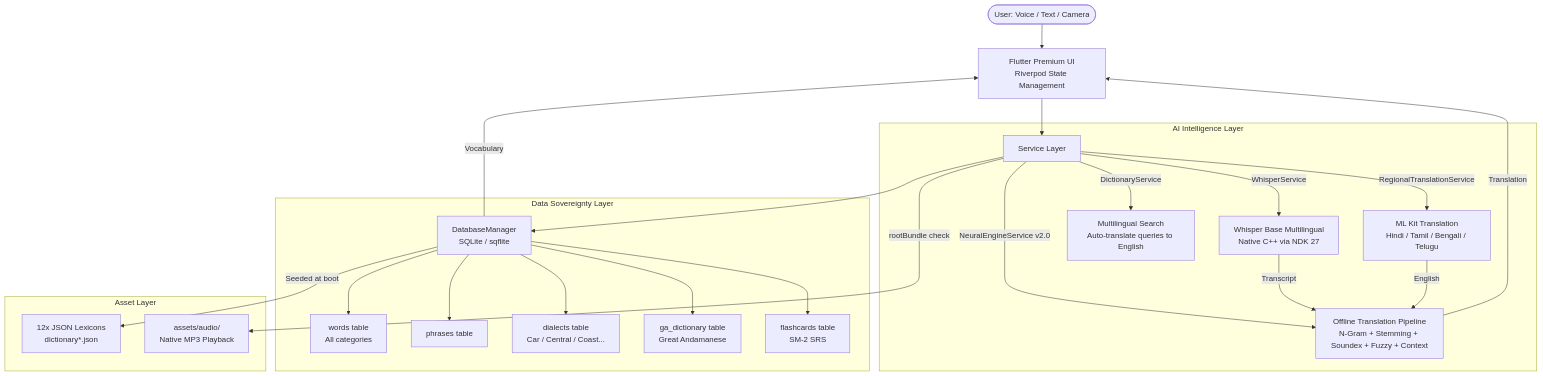
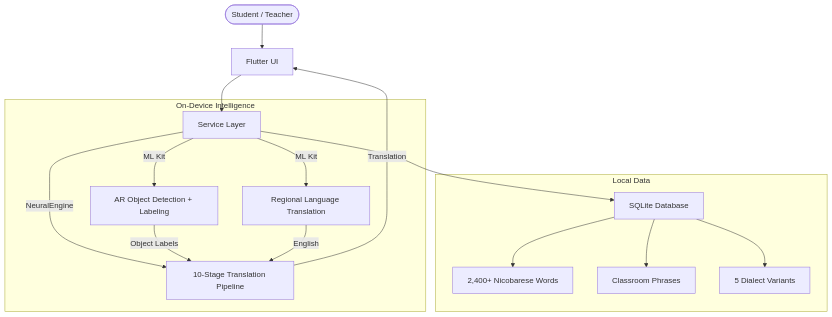
The diagram in README.md (sathiyatskrj/Speechmate), drawn with Mermaid before and after one commit. The commit also changed other lines of this file and 2 other files, not shown here.

````diff
--- a/README.md
+++ b/README.md
@@ -162,31 +111,22 @@
 ```mermaid
 graph TD
-    User([User: Voice / Text / Camera]) --> UI[Flutter Premium UI\nRiverpod State Management]
+    User([Student / Teacher]) --> UI[Flutter UI]
     UI --> Service[Service Layer]
 
-    subgraph "AI Intelligence Layer"
-        Service --> |WhisperService| Whisper[Whisper Base Multilingual\nNative C++ via NDK 27]
-        Service --> |NeuralEngineService v2.0| Neural[Offline Translation Pipeline\nN-Gram + Stemming + Soundex + Fuzzy + Context]
-        Service --> |RegionalTranslationService| Regional[ML Kit Translation\nHindi / Tamil / Bengali / Telugu]
-        Service --> |DictionaryService| AutoTranslate[Multilingual Search\nAuto-translate queries to English]
+    subgraph "On-Device Intelligence"
+        Service --> |NeuralEngine| NLP[10-Stage Translation Pipeline]
+        Service --> |ML Kit| AR[AR Object Detection + Labeling]
+        Service --> |ML Kit| Regional[Regional Language Translation]
     end
 
-    subgraph "Data Sovereignty Layer"
-        Service --> DB[DatabaseManager\nSQLite / sqflite]
-        DB --> W[words table\nAll categories]
-        DB --> P[phrases table]
-        DB --> D[dialects table\nCar / Central / Coast...]
-        DB --> GA[ga_dictionary table\nGreat Andamanese]
-        DB --> FC[flashcards table\nSM-2 SRS]
+    subgraph "Local Data"
+        Service --> DB[SQLite Database]
+        DB --> Words[2,400+ Nicobarese Words]
+        DB --> Phrases[Classroom Phrases]
+        DB --> Dialects[5 Dialect Variants]
     end
 
-    subgraph "Asset Layer"
-        DB --> |Seeded at boot| JSON[12x JSON Lexicons\ndictionary*.json]
-        Service --> |rootBundle check| Audio[assets/audio/\nNative MP3 Playback]
-    end
-
-    Whisper --> |Transcript| Neural
-    Regional --> |English| Neural
-    Neural --> |Translation| UI
-    DB --> |Vocabulary| UI
+    NLP --> |Translation| UI
+    AR --> |Object Labels| NLP
+    Regional --> |English| NLP
 ```
````
